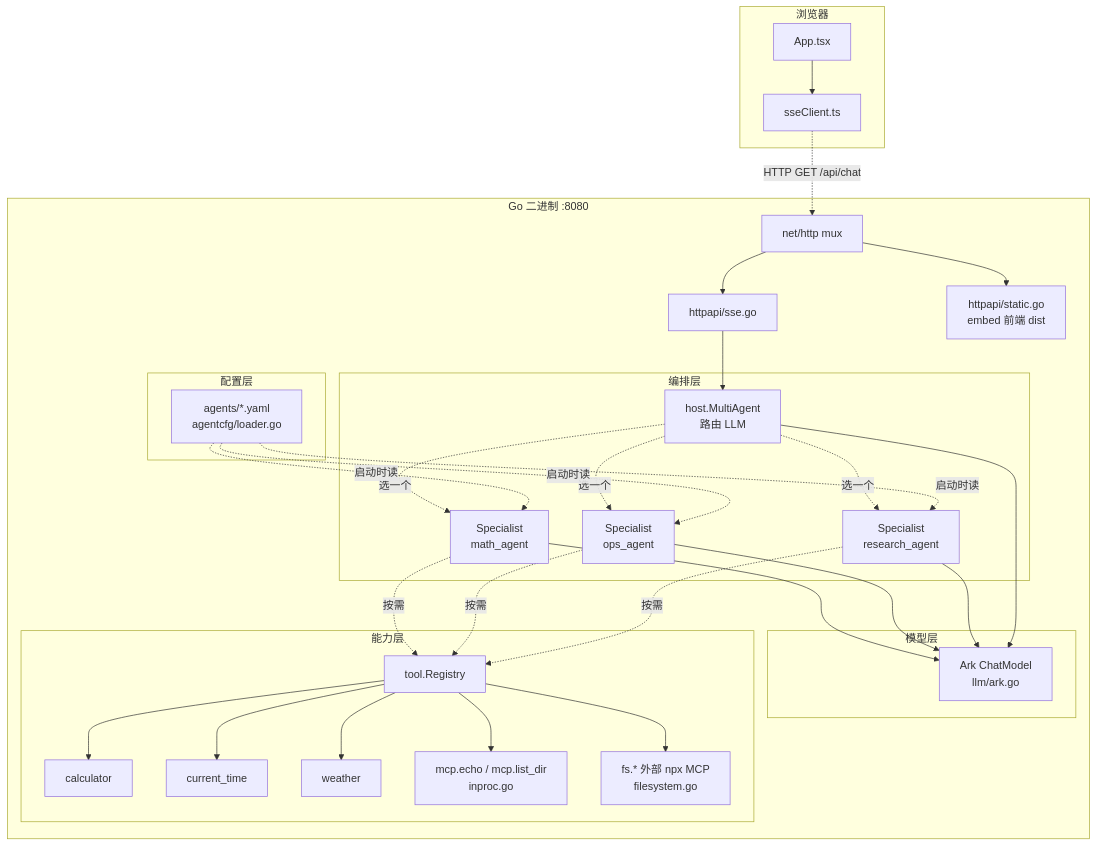
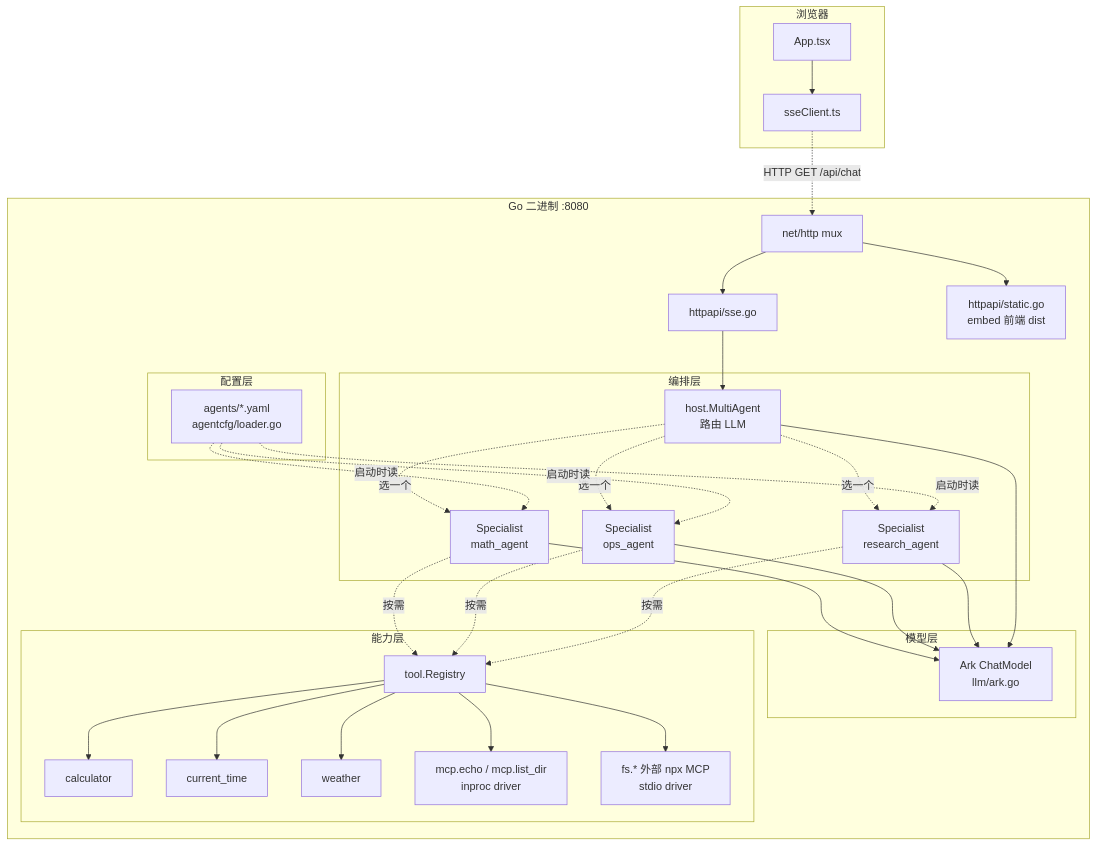
One commit to mlliu920423-beep/first-agentInK8s changed the first of 4 diagrams in ARCHITECTURE.md. Above: the diagram before and after it, drawn with Mermaid. The commit also changed other lines of this file and 19 other files, not shown here.

First line of the commit message:
feat(mcp): 声明式加载 + driver 抽象（phase 1）(#6)

````diff
--- a/ARCHITECTURE.md
+++ b/ARCHITECTURE.md
@@ -57,51 +57,51 @@
 ```mermaid
 flowchart TB
   subgraph Web[浏览器]
     UI[App.tsx]
     SSEClient[sseClient.ts]
   end
 
   subgraph Go[Go 二进制 :8080]
     HTTP[net/http mux]
     SSE[httpapi/sse.go]
     Static[httpapi/static.go<br/>embed 前端 dist]
 
     subgraph Compose[编排层]
       HostMA[host.MultiAgent<br/>路由 LLM]
       Spec1[Specialist<br/>math_agent]
       Spec2[Specialist<br/>ops_agent]
       Spec3[Specialist<br/>research_agent]
     end
 
     subgraph Model[模型层]
       Ark[Ark ChatModel<br/>llm/ark.go]
     end
 
     subgraph Tools[能力层]
       Reg[tool.Registry]
       Calc[calculator]
       Time[current_time]
       Weather[weather]
-      InProc[mcp.echo / mcp.list_dir<br/>inproc.go]
-      FS[fs.* 外部 npx MCP<br/>filesystem.go]
+      InProc[mcp.echo / mcp.list_dir<br/>inproc driver]
+      FS[fs.* 外部 npx MCP<br/>stdio driver]
     end
 
     subgraph Config[配置层]
       YAML[agents/*.yaml<br/>agentcfg/loader.go]
     end
   end
 
   UI --> SSEClient
   SSEClient -.HTTP GET /api/chat.-> HTTP
   HTTP --> SSE
   HTTP --> Static
   SSE --> HostMA
   HostMA -.选一个.-> Spec1
   HostMA -.选一个.-> Spec2
   HostMA -.选一个.-> Spec3
   Spec1 & Spec2 & Spec3 --> Ark
   HostMA --> Ark
   Spec1 & Spec2 & Spec3 -.按需.-> Reg
   Reg --> Calc & Time & Weather & InProc & FS
   YAML -.启动时读.-> Spec1 & Spec2 & Spec3
 ```
````
